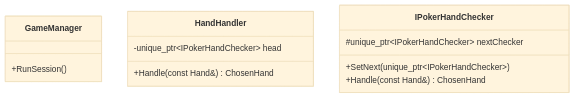
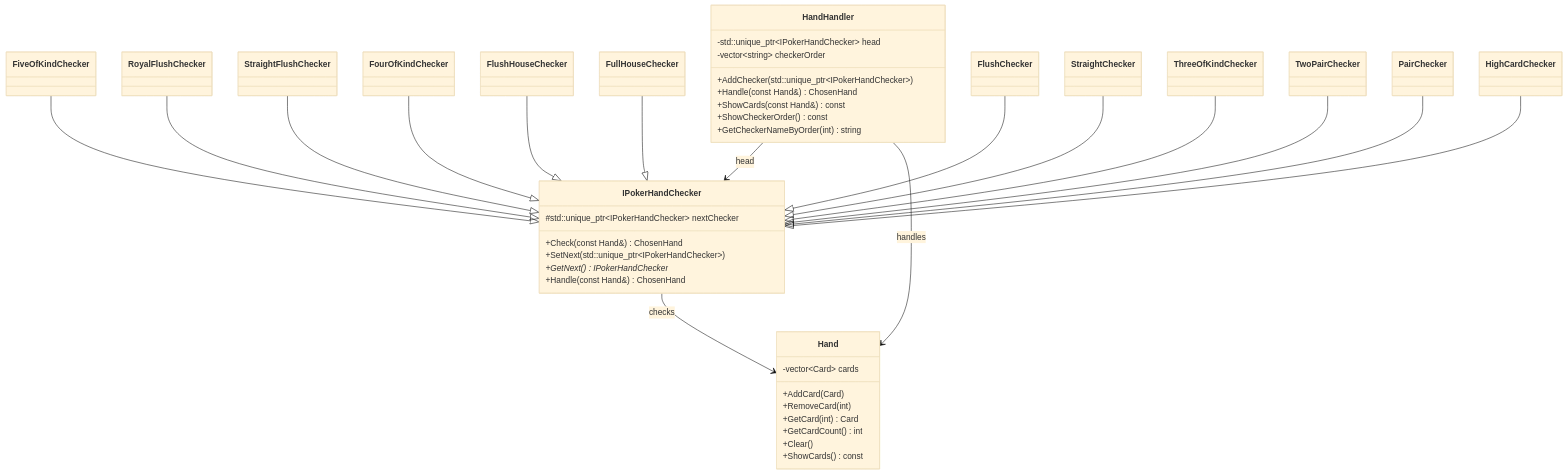
The first of 2 diagrams in docs/design-pattern-analysis.md (Amrhea/Kel.DesignPattern), drawn with Mermaid (base theme) before and after one commit. The commit also changed other lines of this file and 2 other files, not shown here.

Commit message:
refactor: migrate checker chain to std::unique_ptr (PR #10)
# Conflicts:
#	docs/design-pattern-analysis.md

````diff
--- a/docs/design-pattern-analysis.md
+++ b/docs/design-pattern-analysis.md
@@ -53,17 +53,60 @@
 ```mermaid
 classDiagram
-    class GameManager {
-        +RunSession()
+    class Hand {
+        -vector~Card~ cards
+        +AddCard(Card)
+        +RemoveCard(int)
+        +GetCard(int) Card
+        +GetCardCount() int
+        +Clear()
+        +ShowCards() const
+    }
+
+    class IPokerHandChecker {
+        #std::unique_ptr~IPokerHandChecker~ nextChecker
+        +Check(const Hand&) ChosenHand
+        +SetNext(std::unique_ptr~IPokerHandChecker~)
+        +GetNext() IPokerHandChecker*
+        +Handle(const Hand&) ChosenHand
     }
 
     class HandHandler {
-        -unique_ptr~IPokerHandChecker~ head
+        -std::unique_ptr~IPokerHandChecker~ head
+        -vector~string~ checkerOrder
+        +AddChecker(std::unique_ptr~IPokerHandChecker~)
         +Handle(const Hand&) ChosenHand
+        +ShowCards(const Hand&) const
+        +ShowCheckerOrder() const
+        +GetCheckerNameByOrder(int) string
     }
 
-    class IPokerHandChecker {
-        #unique_ptr~IPokerHandChecker~ nextChecker
-        +SetNext(unique_ptr~IPokerHandChecker~)
-        +Handle(const Hand&) ChosenHand
-    }
+    class FiveOfKindChecker
+    class RoyalFlushChecker
+    class StraightFlushChecker
+    class FourOfKindChecker
+    class FlushHouseChecker
+    class FullHouseChecker
+    class FlushChecker
+    class StraightChecker
+    class ThreeOfKindChecker
+    class TwoPairChecker
+    class PairChecker
+    class HighCardChecker
+
+    HandHandler --> IPokerHandChecker : head
+    IPokerHandChecker --> Hand : checks
+    HandHandler --> Hand : handles
+
+    FiveOfKindChecker --|> IPokerHandChecker
+    RoyalFlushChecker --|> IPokerHandChecker
+    StraightFlushChecker --|> IPokerHandChecker
+    FourOfKindChecker --|> IPokerHandChecker
+    FlushHouseChecker --|> IPokerHandChecker
+    FullHouseChecker --|> IPokerHandChecker
+    FlushChecker --|> IPokerHandChecker
+    StraightChecker --|> IPokerHandChecker
+    ThreeOfKindChecker --|> IPokerHandChecker
+    TwoPairChecker --|> IPokerHandChecker
+    PairChecker --|> IPokerHandChecker
+    HighCardChecker --|> IPokerHandChecker
 ```
````
